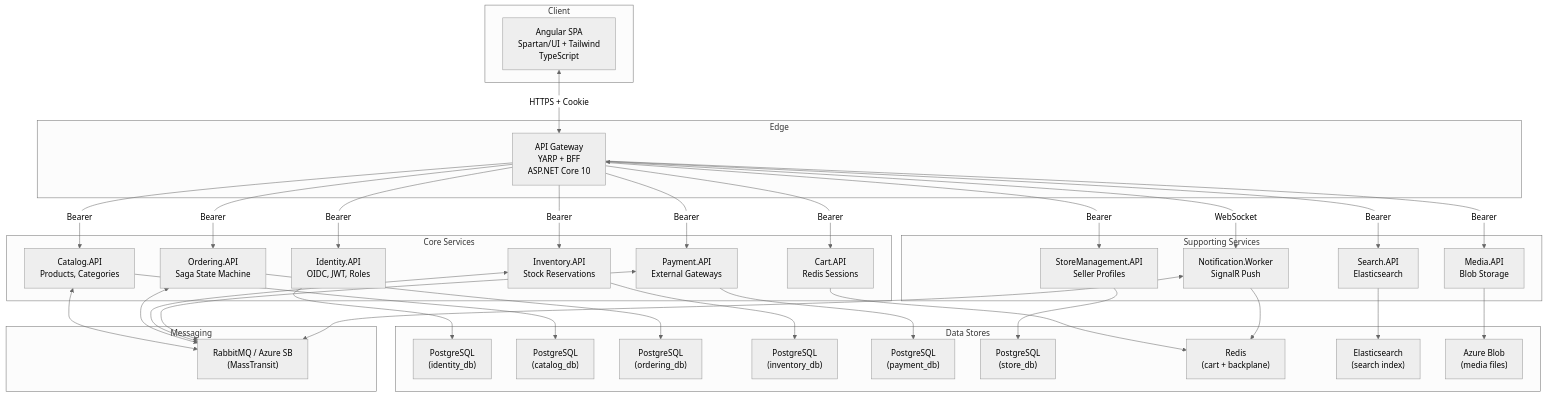
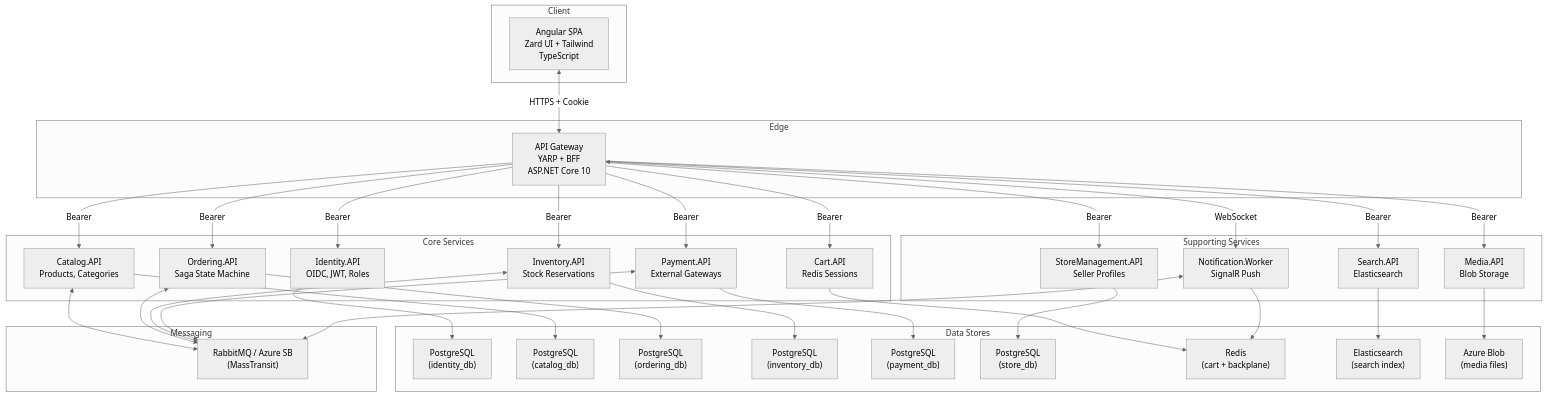
Before and after one commit to Movchanets/Microservices_Learning: the second of 4 diagrams in plans/12-c4-diagrams.md, drawn with Mermaid (neutral theme). The commit also changed 1023 other files, not shown here.

````diff
--- a/plans/12-c4-diagrams.md
+++ b/plans/12-c4-diagrams.md
@@ -33,59 +33,59 @@
 ```mermaid
 graph TB
     subgraph "Client"
-        SPA["Angular SPA<br/>Spartan/UI + Tailwind<br/>TypeScript"]
+        SPA["Angular SPA<br/>Zard UI + Tailwind<br/>TypeScript"]
     end
 
     subgraph "Edge"
         GW["API Gateway<br/>YARP + BFF<br/>ASP.NET Core 10"]
     end
 
     subgraph "Core Services"
         ID["Identity.API<br/>OIDC, JWT, Roles"]
         CAT["Catalog.API<br/>Products, Categories"]
         ORD["Ordering.API<br/>Saga State Machine"]
         INV["Inventory.API<br/>Stock Reservations"]
         PAY["Payment.API<br/>External Gateways"]
         CART["Cart.API<br/>Redis Sessions"]
     end
 
     subgraph "Supporting Services"
         SRCH["Search.API<br/>Elasticsearch"]
         STORE["StoreManagement.API<br/>Seller Profiles"]
         MEDIA["Media.API<br/>Blob Storage"]
         NOTIF["Notification.Worker<br/>SignalR Push"]
     end
 
     subgraph "Data Stores"
         PG1["PostgreSQL<br/>(identity_db)"]
         PG2["PostgreSQL<br/>(catalog_db)"]
         PG3["PostgreSQL<br/>(ordering_db)"]
         PG4["PostgreSQL<br/>(inventory_db)"]
         PG5["PostgreSQL<br/>(payment_db)"]
         PG6["PostgreSQL<br/>(store_db)"]
         RED["Redis<br/>(cart + backplane)"]
         ES["Elasticsearch<br/>(search index)"]
         BLOB["Azure Blob<br/>(media files)"]
     end
 
     subgraph "Messaging"
         BUS["RabbitMQ / Azure SB<br/>(MassTransit)"]
     end
 
     SPA <-->|HTTPS + Cookie| GW
     GW -->|Bearer| ID & CAT & ORD & INV & PAY & CART & SRCH & STORE & MEDIA
     GW <-->|WebSocket| NOTIF
 
     ID --> PG1
     CAT --> PG2
     ORD --> PG3
     INV --> PG4
     PAY --> PG5
     STORE --> PG6
     CART --> RED
     SRCH --> ES
     MEDIA --> BLOB
     NOTIF --> RED
 
     CAT & ORD & INV & PAY & NOTIF <--> BUS
 ```
````
